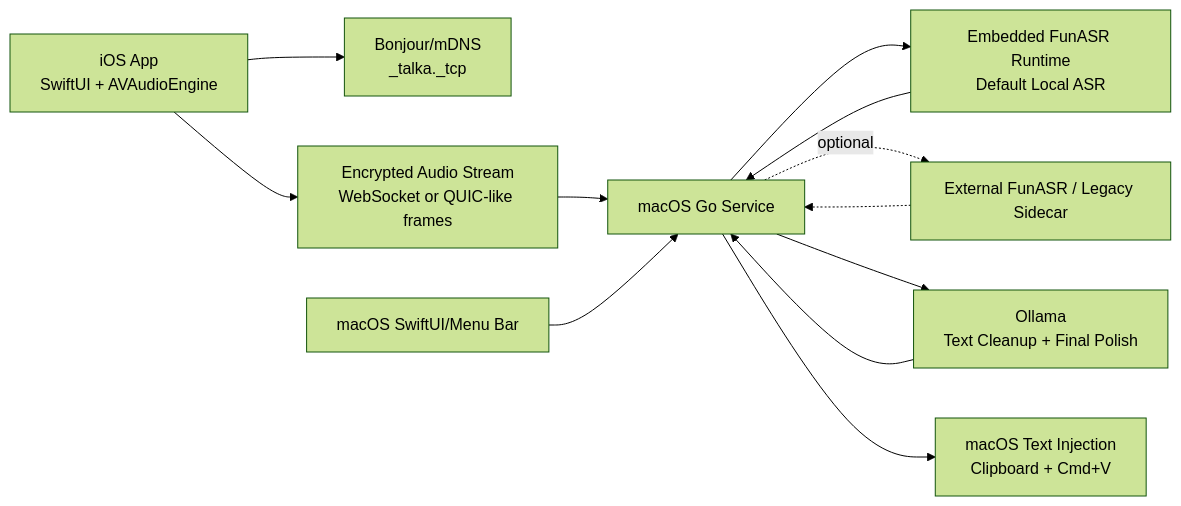
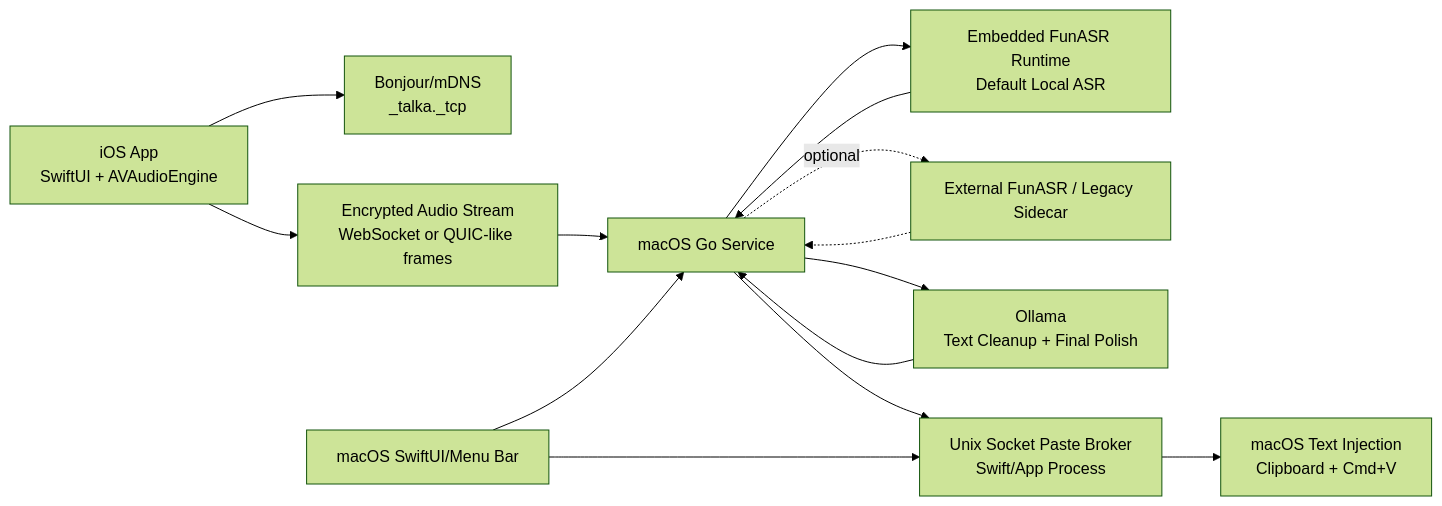
The diagram in docs/technical-architecture.md (darluc/talka), drawn with Mermaid (forest theme) before and after one commit. The commit also changed other lines of this file and 3 other files, not shown here.

````diff
--- a/docs/technical-architecture.md
+++ b/docs/technical-architecture.md
@@ -14,14 +14,16 @@
 ```mermaid
 flowchart LR
   IOS["iOS App\nSwiftUI + AVAudioEngine"] --> DISC["Bonjour/mDNS\n_talka._tcp"]
   IOS --> ENC["Encrypted Audio Stream\nWebSocket or QUIC-like frames"]
   ENC --> GO["macOS Go Service"]
   GO --> ASR["Embedded FunASR Runtime\nDefault Local ASR"]
   ASR --> GO
   GO -. optional .-> EXT["External FunASR / Legacy Sidecar"]
   EXT -.-> GO
   GO --> OLLAMA["Ollama\nText Cleanup + Final Polish"]
   OLLAMA --> GO
-  GO --> INJECT["macOS Text Injection\nClipboard + Cmd+V"]
+  GO --> PB["Unix Socket Paste Broker\nSwift/App Process"]
+  PB --> INJECT["macOS Text Injection\nClipboard + Cmd+V"]
   UI["macOS SwiftUI/Menu Bar"] --> GO
+  UI --> PB
 ```
````
